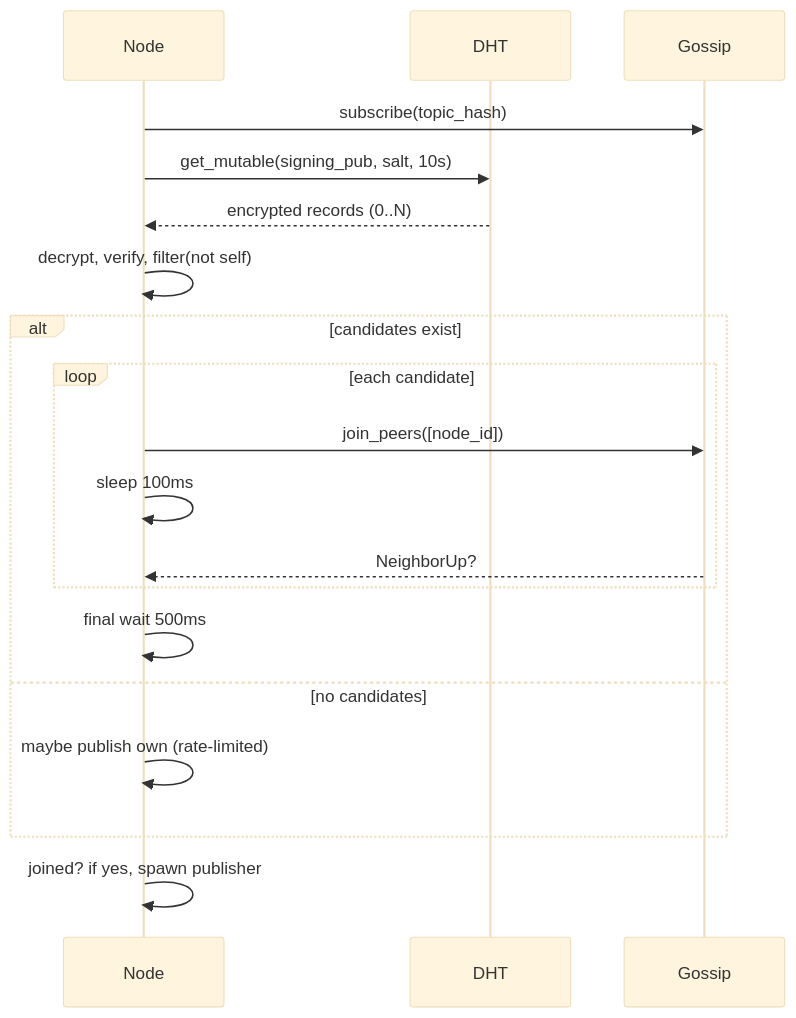
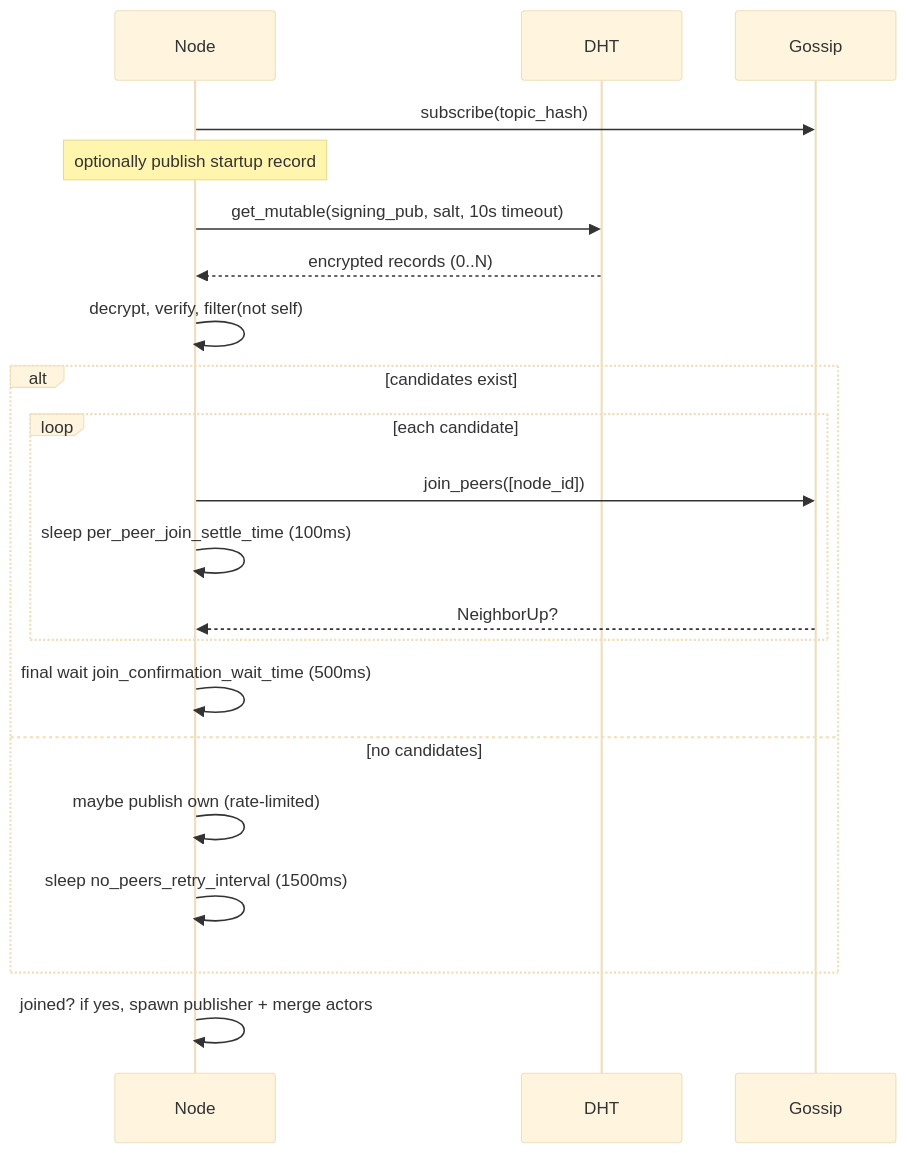
One commit to rustonbsd/distributed-topic-tracker changed the third of 7 diagrams in ARCHITECTURE.md. Above: the diagram before and after it, drawn with Mermaid (base theme). The commit also changed other lines of this file and 20 other files, not shown here.

````diff
--- a/ARCHITECTURE.md
+++ b/ARCHITECTURE.md
@@ -78,22 +86,24 @@
 ```mermaid
 sequenceDiagram
   participant Node
   participant DHT
   participant Gossip
 
   Node->>Gossip: subscribe(topic_hash)
-  Node->>DHT: get_mutable(signing_pub, salt, 10s)
+  Note over Node: optionally publish startup record
+  Node->>DHT: get_mutable(signing_pub, salt, 10s timeout)
   DHT-->>Node: encrypted records (0..N)
   Node->>Node: decrypt, verify, filter(not self)
   alt candidates exist
     loop each candidate
       Node->>Gossip: join_peers([node_id])
-      Node->>Node: sleep 100ms
+      Node->>Node: sleep per_peer_join_settle_time (100ms)
       Gossip-->>Node: NeighborUp?
     end
-    Node->>Node: final wait 500ms
+    Node->>Node: final wait join_confirmation_wait_time (500ms)
   else no candidates
     Node->>Node: maybe publish own (rate-limited)
+    Node->>Node: sleep no_peers_retry_interval (1500ms)
   end
-  Node->>Node: joined? if yes, spawn publisher
+  Node->>Node: joined? if yes, spawn publisher + merge actors
 ```
````
